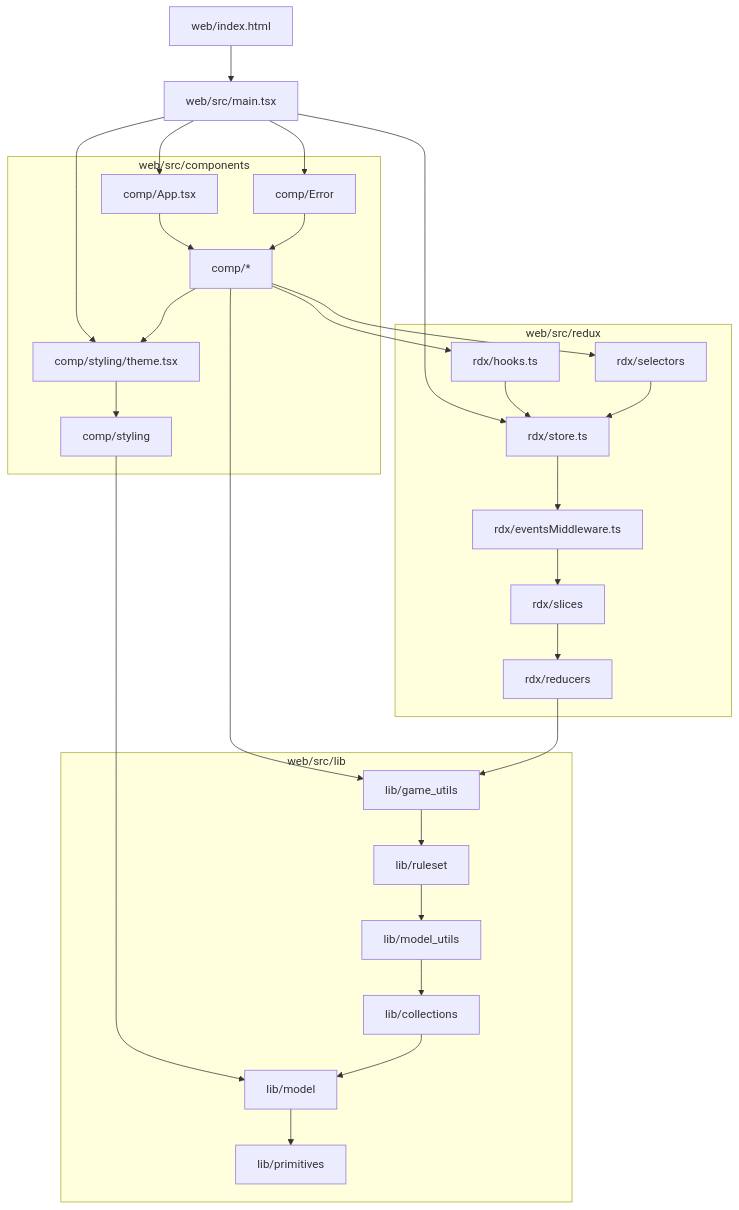
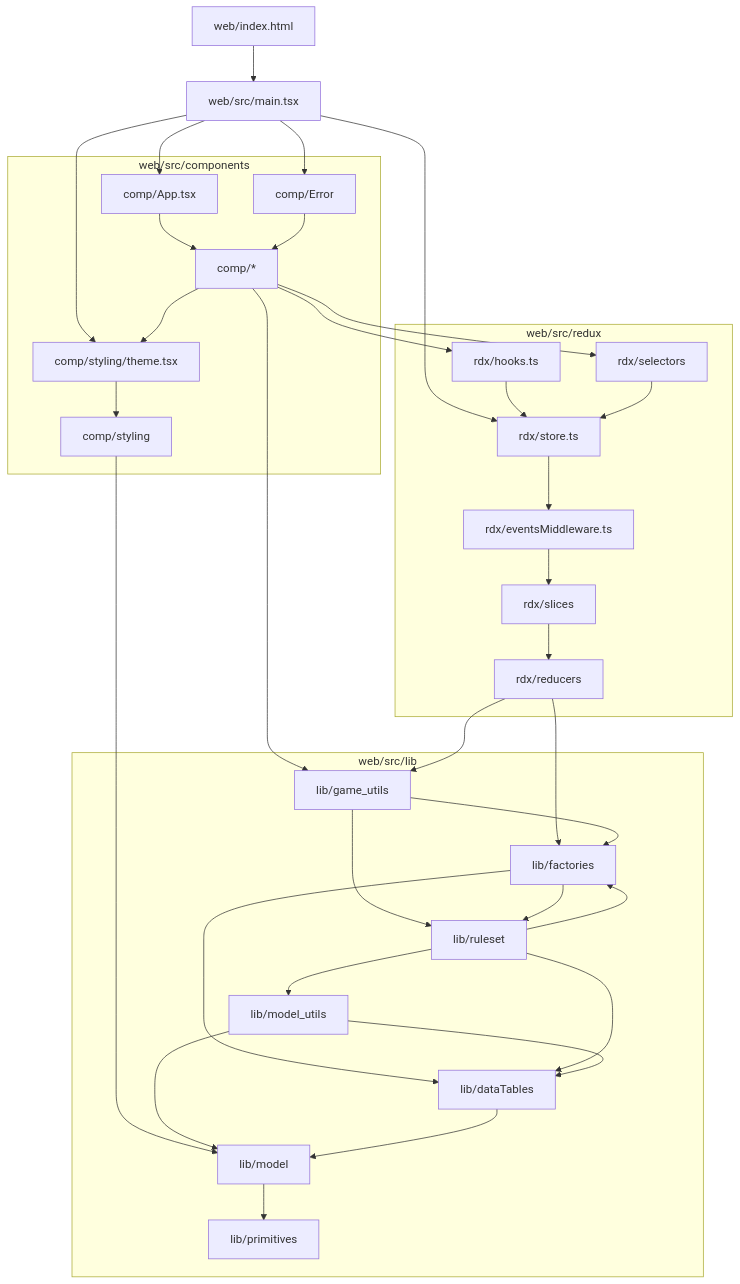
The first of 3 diagrams in docs/design/about_code_dependencies.md (konrad-jamrozik/game-ts), drawn with Mermaid before and after one commit. The commit also changed other lines of this file and 4 other files, not shown here.

````diff
--- a/docs/design/about_code_dependencies.md
+++ b/docs/design/about_code_dependencies.md
@@ -47,54 +47,62 @@
 ```mermaid
 graph TD
     IndexH[web/index.html] --> MainTs[web/src/main.tsx]
 
     subgraph "web/src/components"
         CompApp[comp/App.tsx]
         CompTheme[comp/styling/theme.tsx]
         CompErr[comp/Error]
         Comp__[comp/*]
         CompSt[comp/styling]
     end
 
     subgraph "web/src/redux"
         RdxHook[rdx/hooks.ts]
         RdxStore[rdx/store.ts]
         RdxSel[rdx/selectors]
         RdxMid[rdx/eventsMiddleware.ts]
         RdxSli[rdx/slices]
         RdxRed[rdx/reducers]
     end
 
     subgraph "web/src/lib"
         LibGam[lib/game_utils]
+        LibFac[lib/factories]
         LibRul[lib/ruleset]
         LibMUt[lib/model_utils]
-        LibCol[lib/collections]
+        LibDataT[lib/dataTables]
         LibMod[lib/model]
         LibPri[lib/primitives]
     end
 
     MainTs --> CompApp
     MainTs --> CompTheme
     MainTs --> CompErr
     MainTs --> RdxStore
     CompTheme --> CompSt
     CompApp --> Comp__
     CompErr --> Comp__
     Comp__ --> RdxHook
     Comp__ --> RdxSel
     Comp__ --> CompTheme
     Comp__ --> LibGam
     CompSt --> LibMod
     RdxStore --> RdxMid
     RdxMid --> RdxSli
     RdxSli --> RdxRed
     RdxRed --> LibGam
+    RdxRed --> LibFac
     RdxHook --> RdxStore
     RdxSel --> RdxStore
+    LibGam --> LibFac
     LibGam --> LibRul
+    LibFac --> LibDataT
+    LibFac --> LibRul
+    LibRul --> LibFac
     LibRul --> LibMUt
-    LibMUt --> LibCol
-    LibCol --> LibMod
+    LibRul --> LibDataT
+    LibMUt --> LibDataT
+    LibMUt --> LibMod
+    LibDataT --> LibMod
     LibMod --> LibPri
 ```
````
